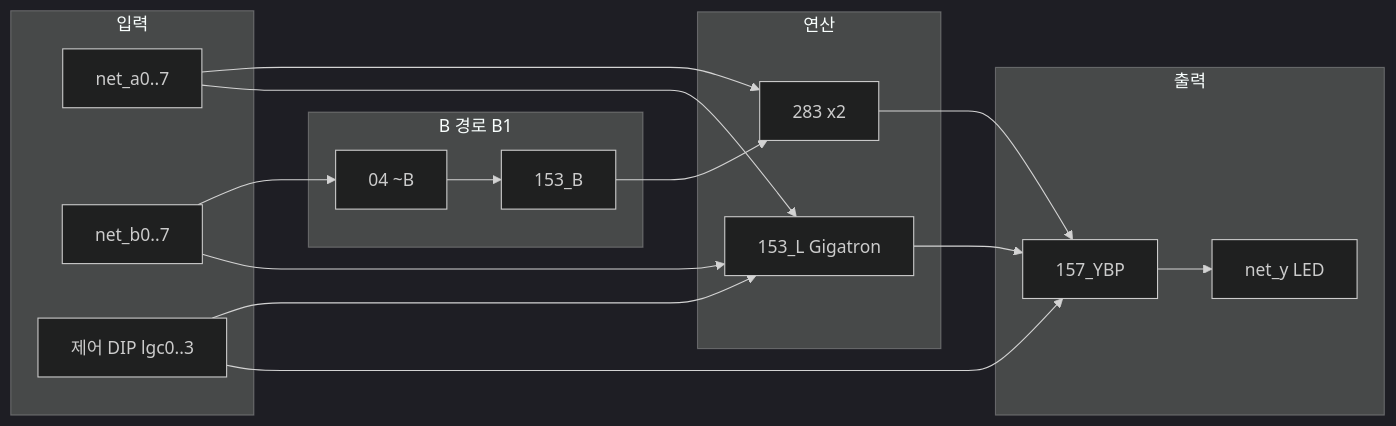
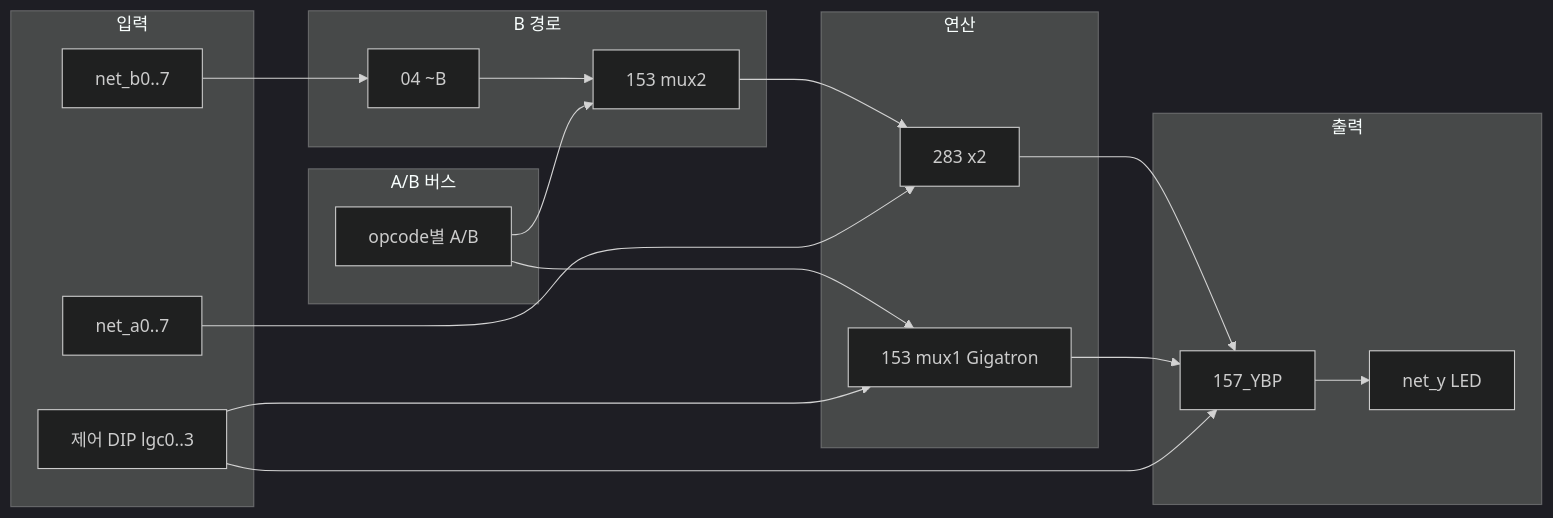
The diagram in docs/normative/hw-bringup/alu8-assembly-spec.md (Flkalas/plover), drawn with Mermaid (dark theme) before and after one commit. The commit also changed other lines of this file and 13 other files, not shown here.

````diff
--- a/docs/normative/hw-bringup/alu8-assembly-spec.md
+++ b/docs/normative/hw-bringup/alu8-assembly-spec.md
@@ -37,29 +37,32 @@
 ```mermaid
 flowchart LR
   subgraph inputs [입력]
     A[net_a0..7]
     B[net_b0..7]
     CTL[제어 DIP lgc0..3]
   end
-  subgraph bpath [B 경로 B1]
+  subgraph bpath [B 경로]
     BINV[04 ~B]
-    MUXB[153_B]
+    MUX[153 mux2]
   end
   subgraph core [연산]
     ADD[283 x2]
-    LOGIC[153_L Gigatron]
+    LOGIC[153 mux1 Gigatron]
+  end
+  subgraph ab [A/B 버스]
+    ABBUS[opcode별 A/B]
   end
   subgraph out [출력]
     YBP[157_YBP]
     Y[net_y LED]
   end
-  B --> BINV --> MUXB --> ADD
+  B --> BINV --> MUX --> ADD
   A --> ADD
-  A --> LOGIC
-  B --> LOGIC
+  ABBUS --> MUX
+  ABBUS --> LOGIC
   CTL --> LOGIC
   ADD --> YBP
   LOGIC --> YBP
   CTL --> YBP
   YBP --> Y
 ```
````
